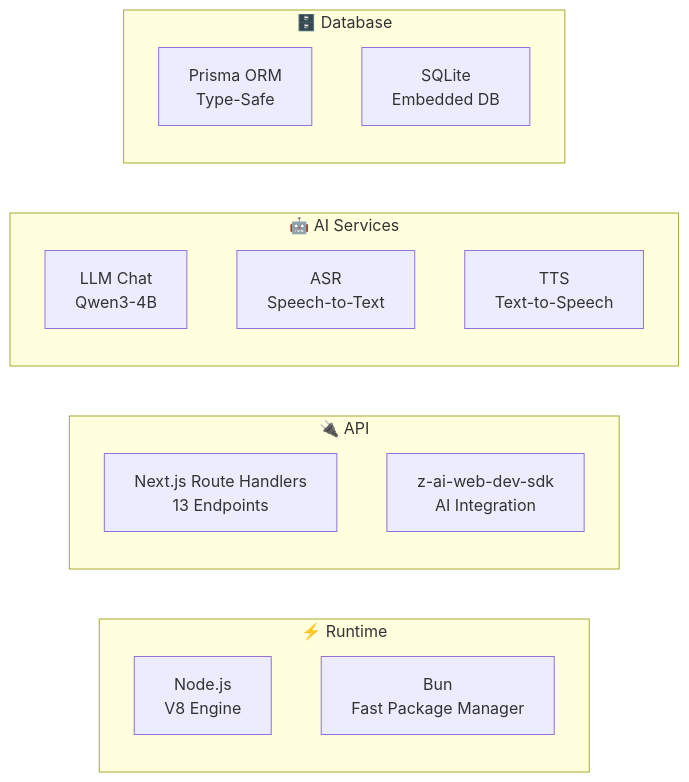
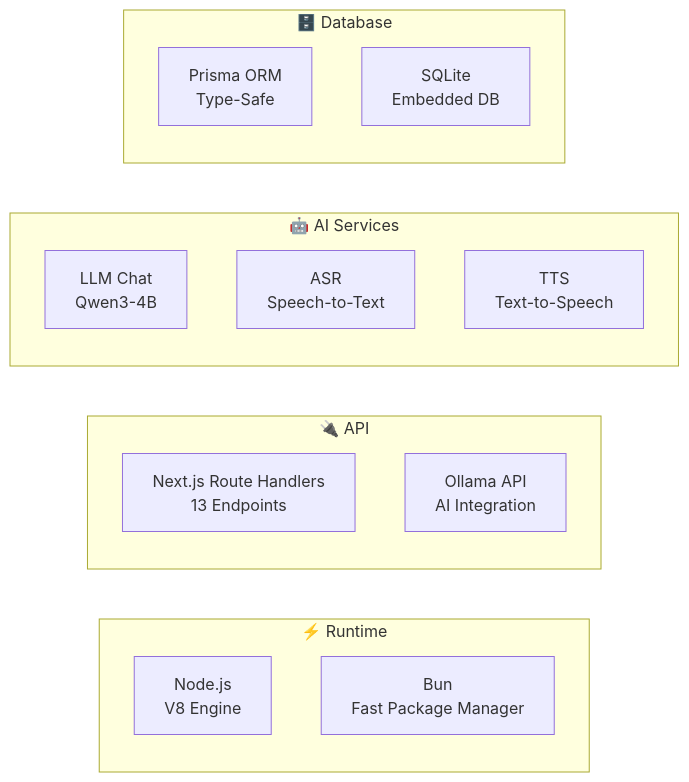
Before and after one commit to yashrao2607/arthsathi: diagram 12 of 15 in README.md, drawn with Mermaid. The commit also changed other lines of this file, not shown here.

````diff
--- a/README.md
+++ b/README.md
@@ -1256,23 +1256,23 @@
 ```mermaid
 graph LR
     subgraph Runtime["⚡ Runtime"]
         Node["Node.js<br/>V8 Engine"]
         Bun["Bun<br/>Fast Package Manager"]
     end
 
     subgraph API["🔌 API"]
         Routes["Next.js Route Handlers<br/>13 Endpoints"]
-        SDK["z-ai-web-dev-sdk<br/>AI Integration"]
+        SDK["Ollama API<br/>AI Integration"]
     end
 
     subgraph AI["🤖 AI Services"]
         LLM["LLM Chat<br/>Qwen3-4B"]
         ASR_SVC["ASR<br/>Speech-to-Text"]
         TTS_SVC["TTS<br/>Text-to-Speech"]
     end
 
     subgraph DB["🗄️ Database"]
         Prisma["Prisma ORM<br/>Type-Safe"]
         SQLite["SQLite<br/>Embedded DB"]
     end
 ```
````
